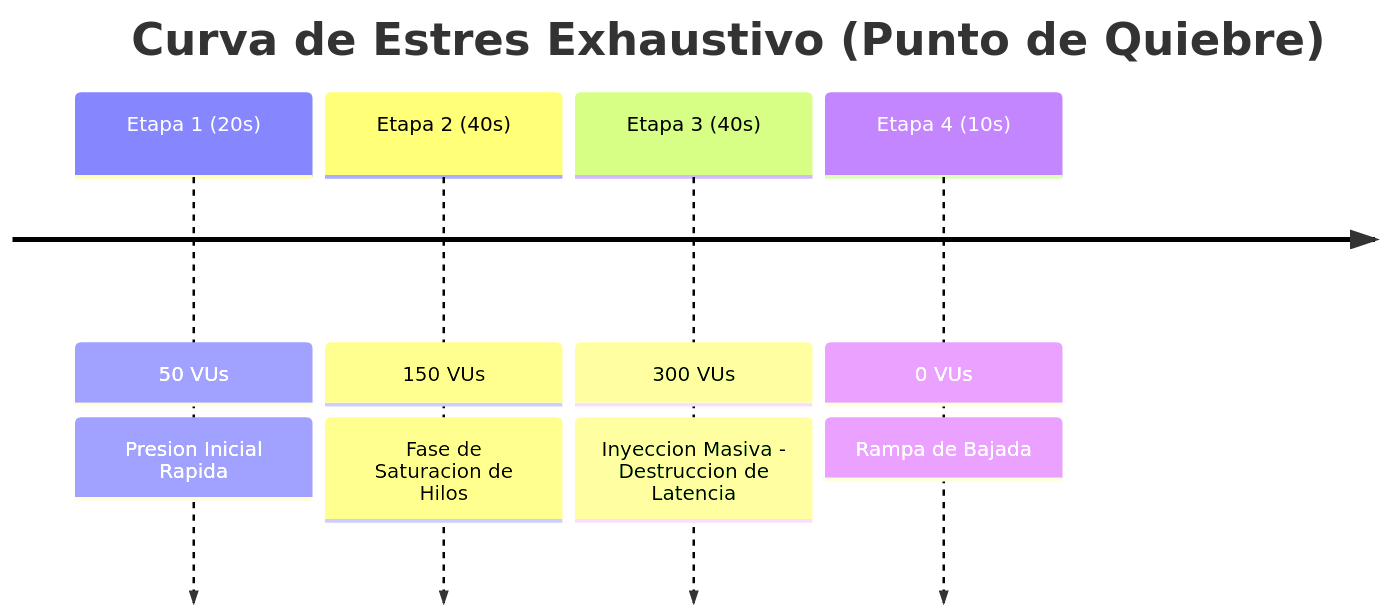
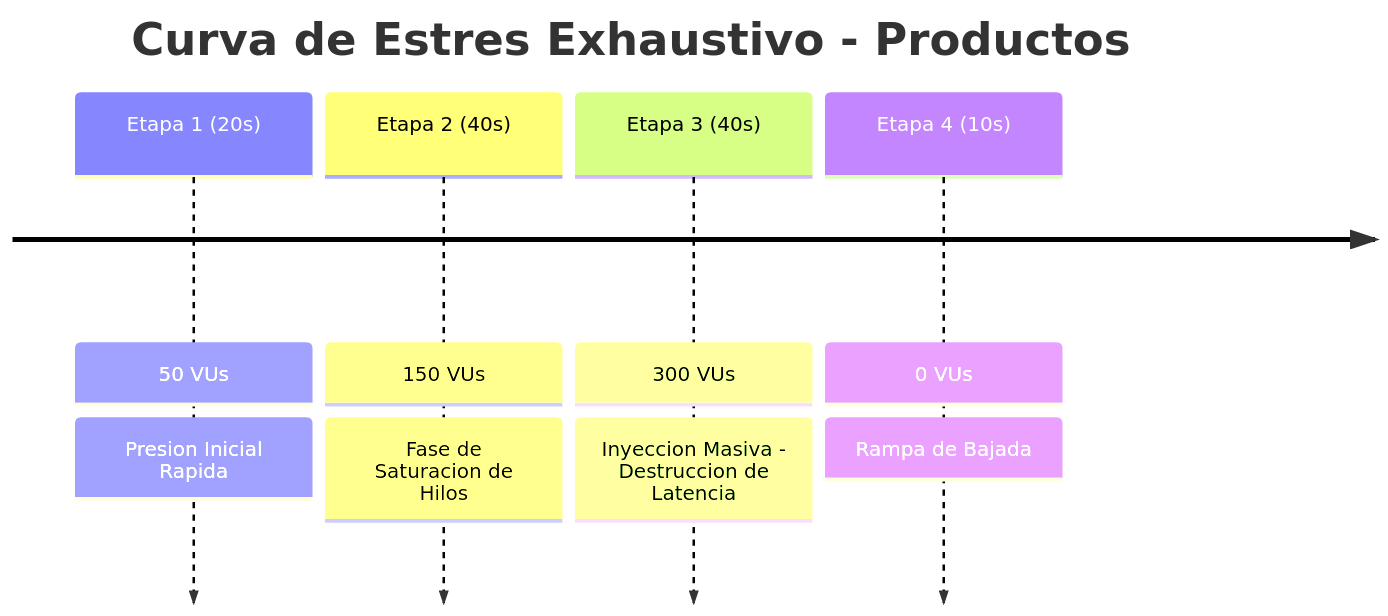
One commit to wortiz1027/workshop changed the third of 5 diagrams in performance/README.md. Above: the diagram before and after it, drawn with Mermaid. The commit also changed other lines of this file and 1 other file, not shown here.

````diff
--- a/performance/README.md
+++ b/performance/README.md
@@ -103,8 +103,8 @@
 ```mermaid
 timeline
-    title Curva de Estres Exhaustivo (Punto de Quiebre)
+    title Curva de Estres Exhaustivo - Productos
     Etapa 1 (20s) : 50 VUs  : Presion Inicial Rapida
     Etapa 2 (40s) : 150 VUs : Fase de Saturacion de Hilos
     Etapa 3 (40s) : 300 VUs : Inyeccion Masiva - Destruccion de Latencia
     Etapa 4 (10s) : 0 VUs   : Rampa de Bajada
 ```
````
